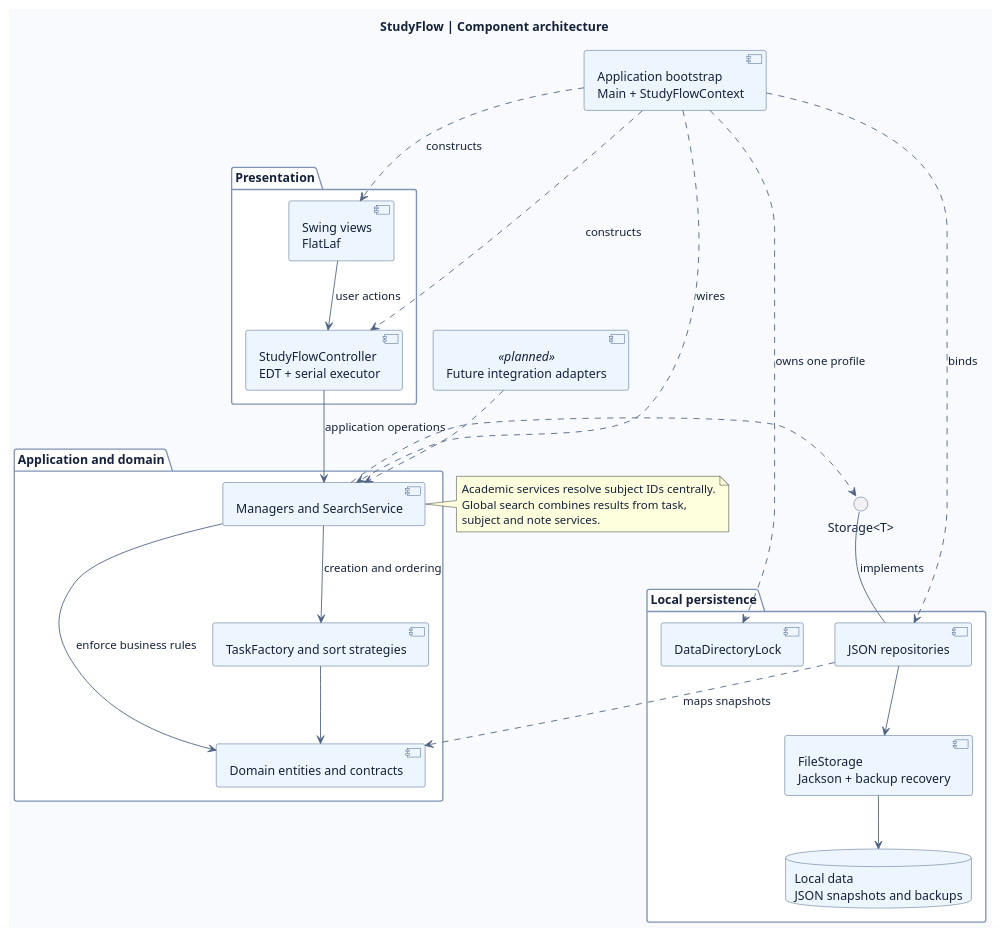
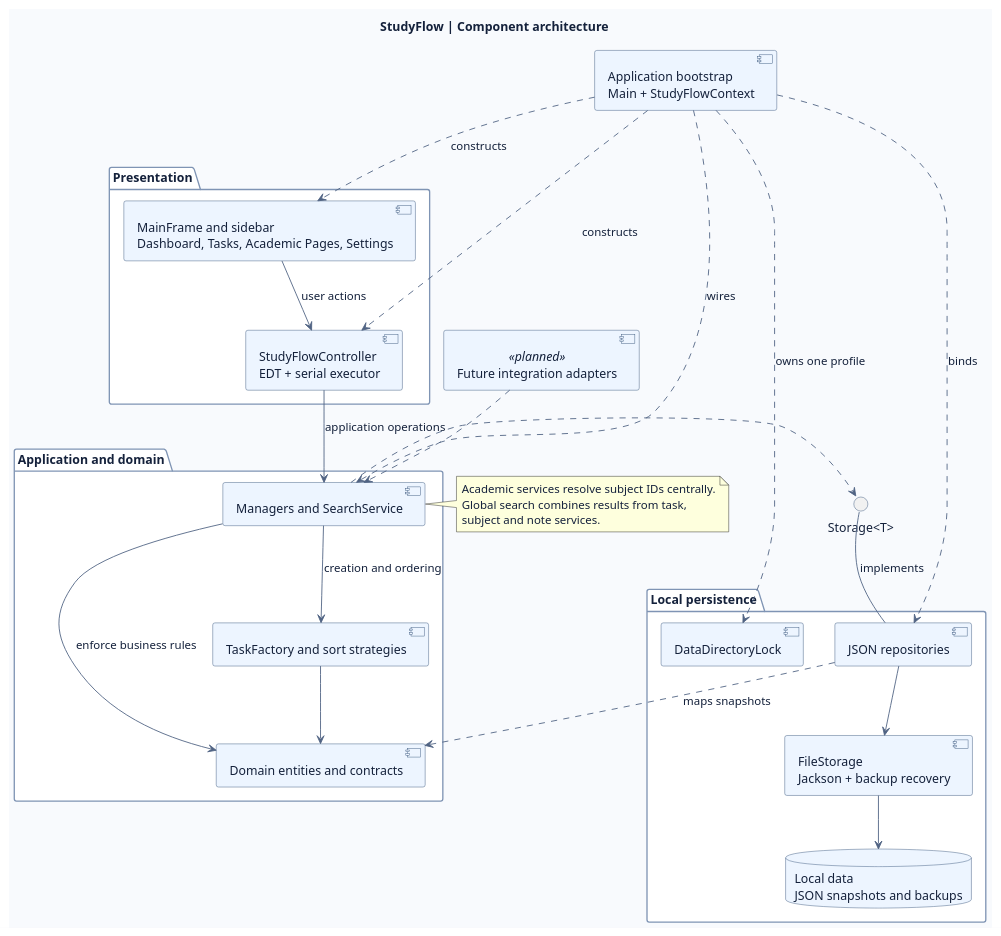
One commit to Dishitha09/StudyFlow changed the diagram in docs/uml/component-diagram.puml. Above: the diagram before and after it, drawn with PlantUML. The commit also changed 31 other files, not shown here.

```diff
--- a/docs/uml/component-diagram.puml
+++ b/docs/uml/component-diagram.puml
@@ -1,61 +1,61 @@
 @startuml
 title StudyFlow | Component architecture
 top to bottom direction
 skinparam backgroundColor #F8FAFD
 skinparam defaultFontName Segoe UI
 skinparam defaultFontColor #14213B
 skinparam shadowing false
 skinparam ArrowColor #506383
 skinparam componentBorderColor #345279
 skinparam componentBackgroundColor #EDF5FF
 skinparam interfaceBorderColor #345279
 skinparam packageBorderColor #7F94B4
 skinparam packageBackgroundColor #FFFFFF
 skinparam databaseBorderColor #345279
 skinparam databaseBackgroundColor #EDF5FF
 
 component "Application bootstrap\nMain + StudyFlowContext" as Bootstrap
 
 package "Presentation" {
-  component "Swing views\nFlatLaf" as Views
+  component "MainFrame and sidebar\nDashboard, Tasks, Academic Pages, Settings" as Views
   component "StudyFlowController\nEDT + serial executor" as Controllers
   Views --> Controllers : user actions
 }
 
 package "Application and domain" {
   component "Managers and SearchService" as Services
   component "TaskFactory and sort strategies" as Policies
   component "Domain entities and contracts" as Domain
   Services --> Policies : creation and ordering
   Services --> Domain : enforce business rules
   Policies --> Domain
 }
 
 interface "Storage<T>" as Repository
 
 package "Local persistence" {
   component "JSON repositories" as JsonRepositories
   component "FileStorage\nJackson + backup recovery" as FileStorage
   component "DataDirectoryLock" as Lock
   database "Local data\nJSON snapshots and backups" as Files
   JsonRepositories --> FileStorage
   FileStorage --> Files
 }
 
 component "Future integration adapters" as Integrations <<planned>>
 Bootstrap ..> Views : constructs
 Bootstrap ..> Controllers : constructs
 Bootstrap ..> Services : wires
 Bootstrap ..> JsonRepositories : binds
 Bootstrap ..> Lock : owns one profile
 Controllers --> Services : application operations
 Services ..> Repository
 JsonRepositories -up- Repository : implements
 JsonRepositories ..> Domain : maps snapshots
 Integrations ..> Services
 note right of Services
   Academic services resolve subject IDs centrally.
   Global search combines results from task,
   subject and note services.
 end note
 @enduml
```
